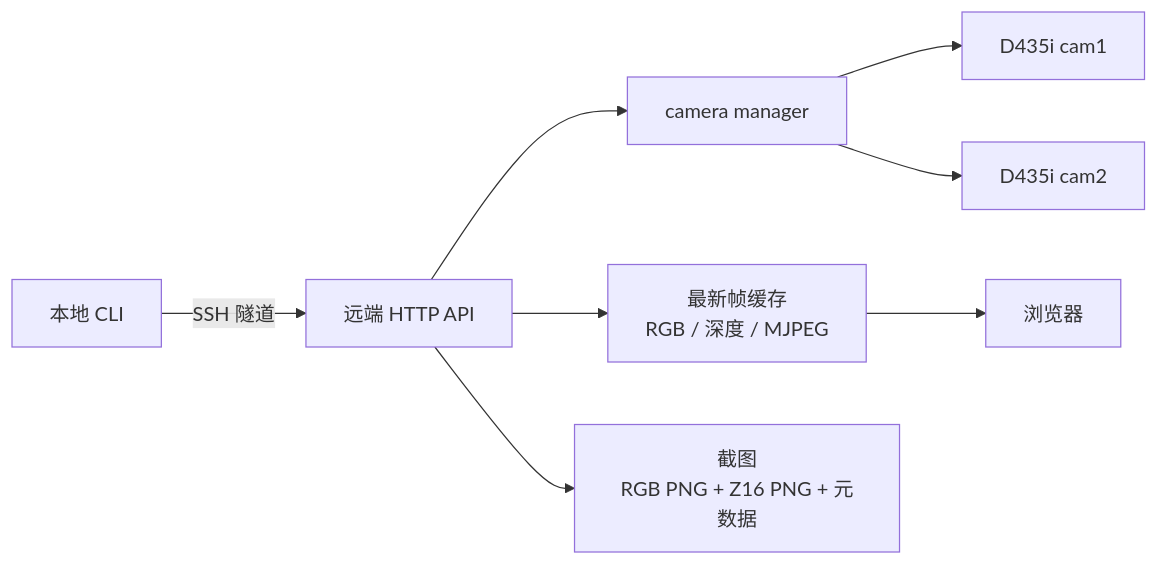
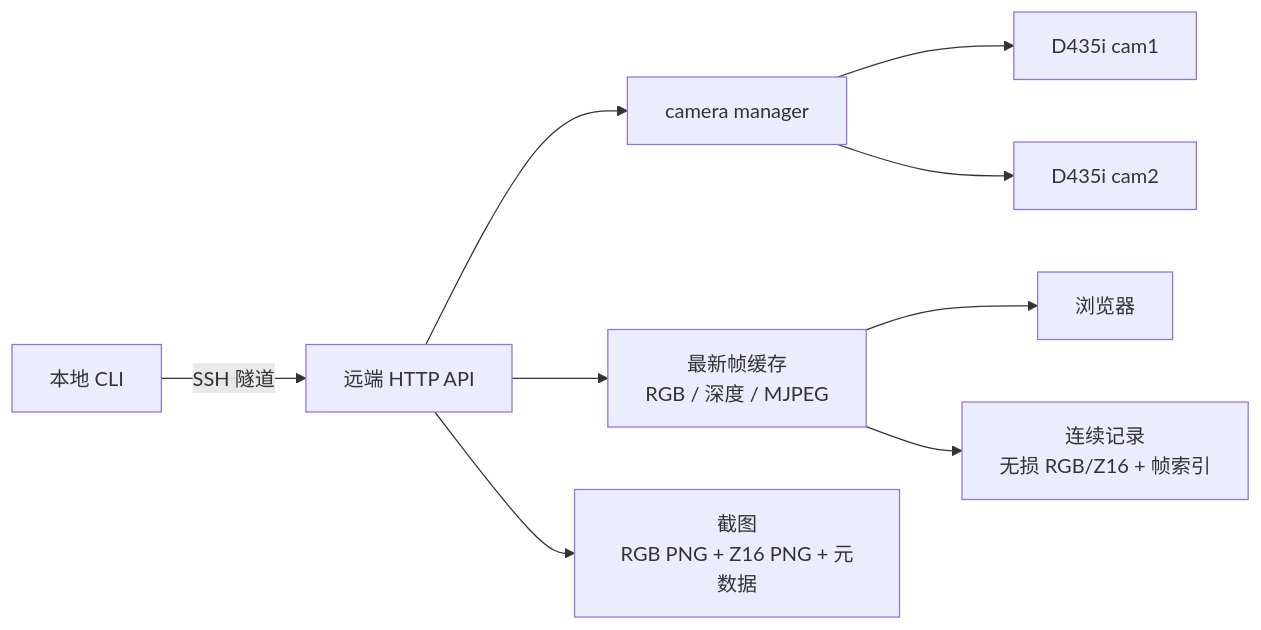
One commit to KnightOrNot/camera-realsense-d435i changed the diagram in docs/index.md. Above: the diagram before and after it, drawn with Mermaid. The commit also changed other lines of this file and 16 other files, not shown here.

````diff
--- a/docs/index.md
+++ b/docs/index.md
@@ -7,10 +7,11 @@
 ```mermaid
 flowchart LR
     C[本地 CLI] -->|SSH 隧道| H[远端 HTTP API]
     H --> P[camera manager]
     P --> D1[D435i cam1]
     P --> D2[D435i cam2]
     H --> F[最新帧缓存<br/>RGB / 深度 / MJPEG]
     F --> B[浏览器]
     H --> S[截图<br/>RGB PNG + Z16 PNG + 元数据]
+    F --> R[连续记录<br/>无损 RGB/Z16 + 帧索引]
 ```
````
